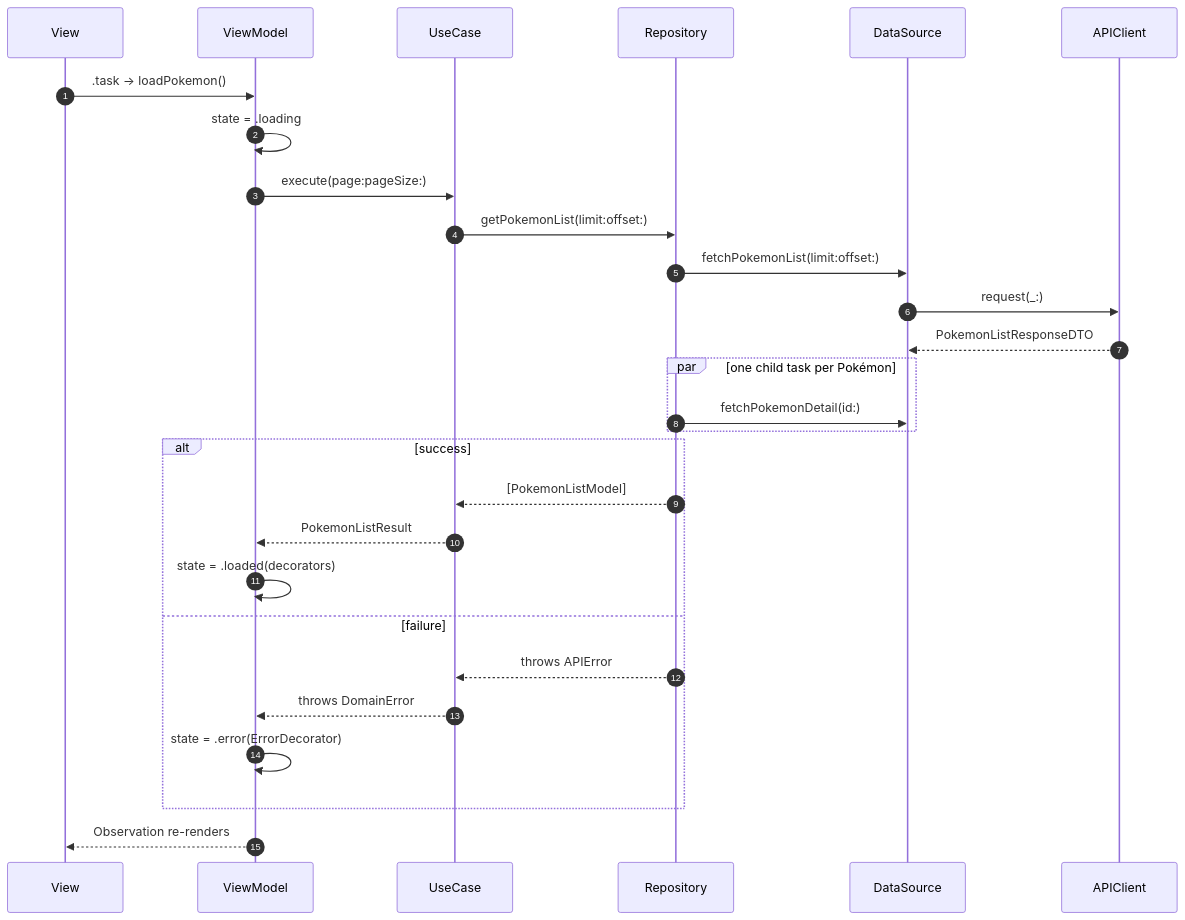
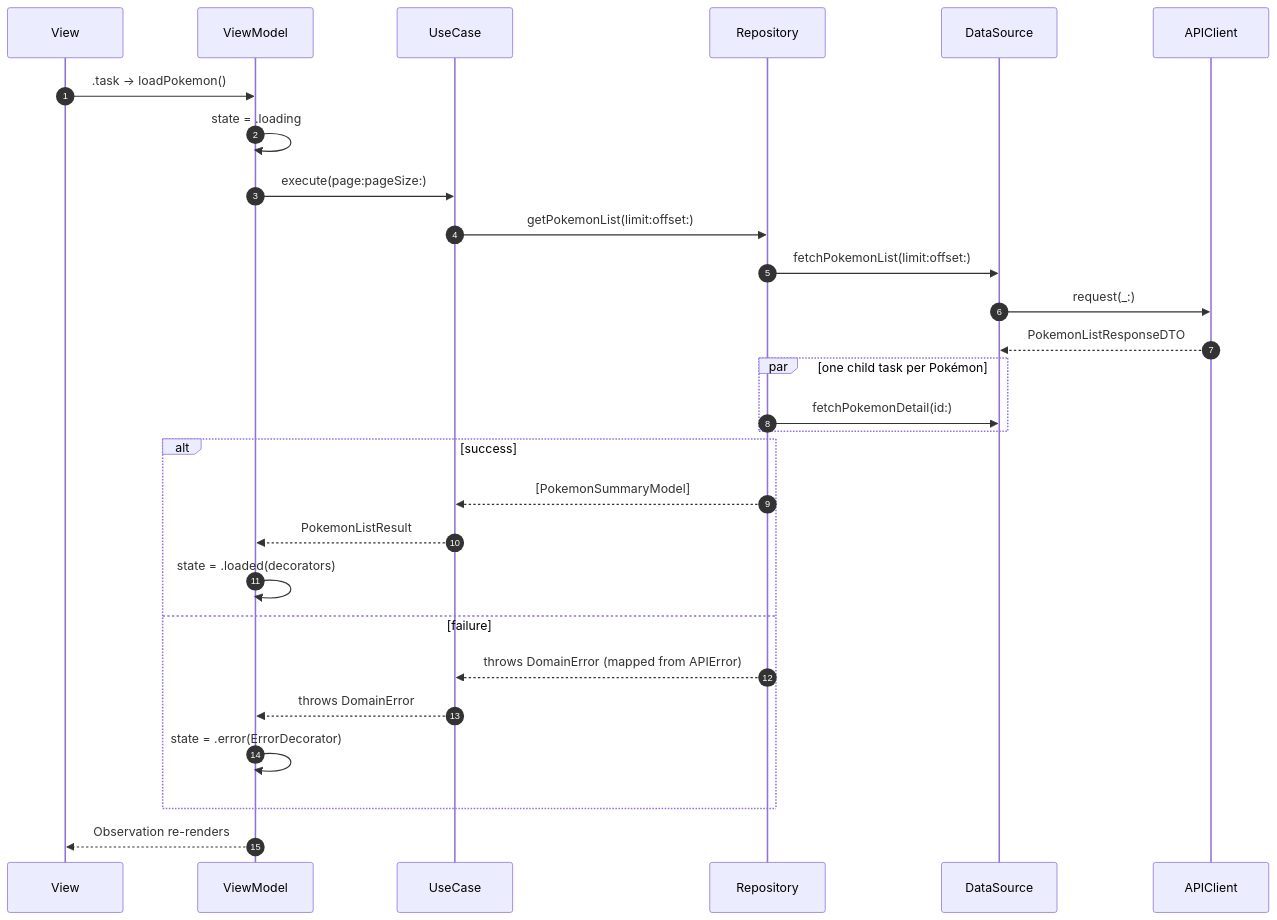
One commit to magnoscg/ios-architecture-reference changed the second of 3 diagrams in README.md. Above: the diagram before and after it, drawn with Mermaid. The commit also changed other lines of this file and 7 other files, not shown here.

````diff
--- a/README.md
+++ b/README.md
@@ -136,30 +136,30 @@
 ```mermaid
 sequenceDiagram
     autonumber
     participant View
     participant VM as ViewModel
     participant UC as UseCase
     participant Repo as Repository
     participant DS as DataSource
     participant API as APIClient
     View->>VM: .task → loadPokemon()
     VM->>VM: state = .loading
     VM->>UC: execute(page:pageSize:)
     UC->>Repo: getPokemonList(limit:offset:)
     Repo->>DS: fetchPokemonList(limit:offset:)
     DS->>API: request(_:)
     API-->>DS: PokemonListResponseDTO
     par one child task per Pokémon
         Repo->>DS: fetchPokemonDetail(id:)
     end
     alt success
-        Repo-->>UC: [PokemonListModel]
+        Repo-->>UC: [PokemonSummaryModel]
         UC-->>VM: PokemonListResult
         VM->>VM: state = .loaded(decorators)
     else failure
-        Repo-->>UC: throws APIError
+        Repo-->>UC: throws DomainError (mapped from APIError)
         UC-->>VM: throws DomainError
         VM->>VM: state = .error(ErrorDecorator)
     end
     VM-->>View: Observation re-renders
 ```
````
